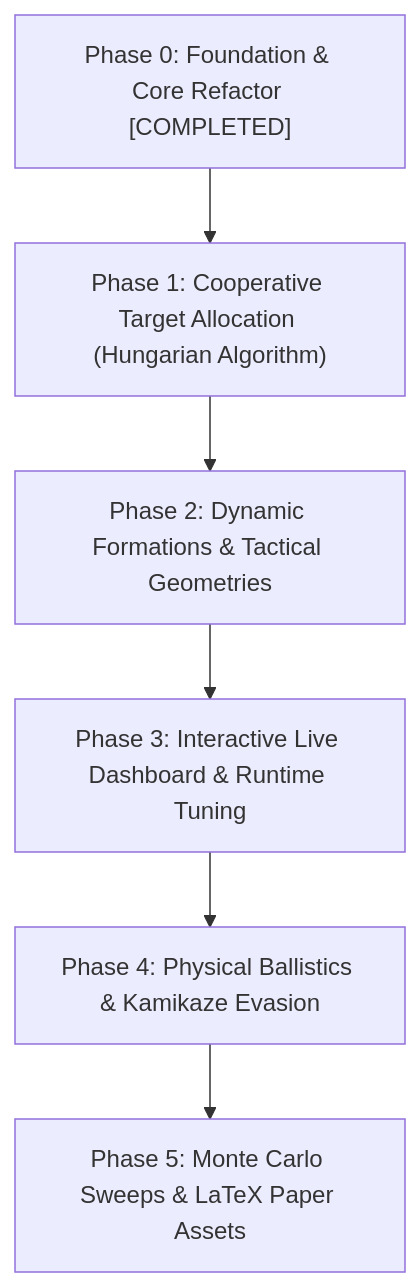
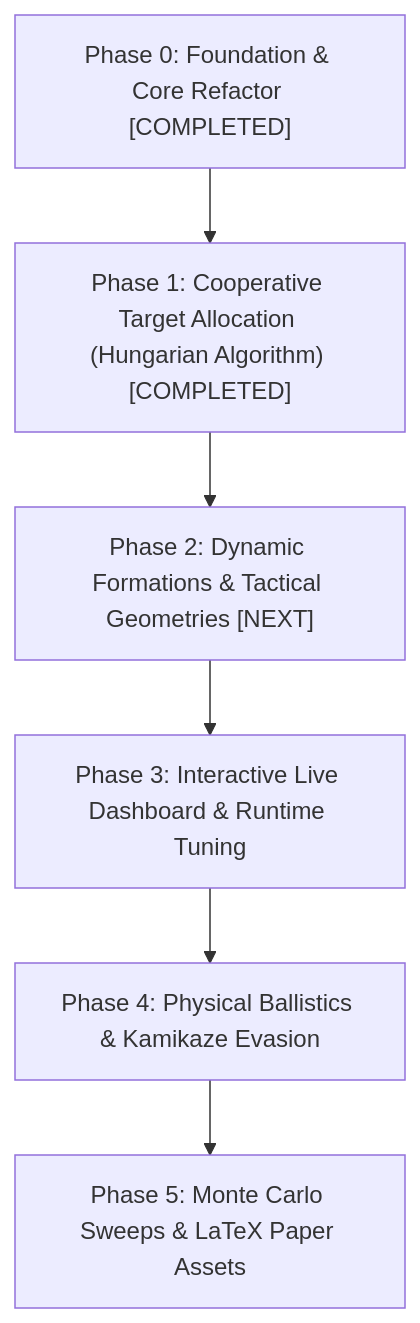
One commit to luizgiacomossi/Simulation_Wingman changed the diagram in ROADMAP.md. Above: the diagram before and after it, drawn with Mermaid. The commit also changed other lines of this file and 5 other files, not shown here.

Commit message:
feat(phase-1): implement cooperative target allocation using Hungarian algorithm and role specialization

````diff
--- a/ROADMAP.md
+++ b/ROADMAP.md
@@ -9,8 +9,8 @@
 ```mermaid
 flowchart TD
-    P0["Phase 0: Foundation & Core Refactor [COMPLETED]"] --> P1["Phase 1: Cooperative Target Allocation (Hungarian Algorithm)"]
-    P1 --> P2["Phase 2: Dynamic Formations & Tactical Geometries"]
+    P0["Phase 0: Foundation & Core Refactor [COMPLETED]"] --> P1["Phase 1: Cooperative Target Allocation (Hungarian Algorithm) [COMPLETED]"]
+    P1 --> P2["Phase 2: Dynamic Formations & Tactical Geometries [NEXT]"]
     P2 --> P3["Phase 3: Interactive Live Dashboard & Runtime Tuning"]
     P3 --> P4["Phase 4: Physical Ballistics & Kamikaze Evasion"]
     P4 --> P5["Phase 5: Monte Carlo Sweeps & LaTeX Paper Assets"]
 ```
````
